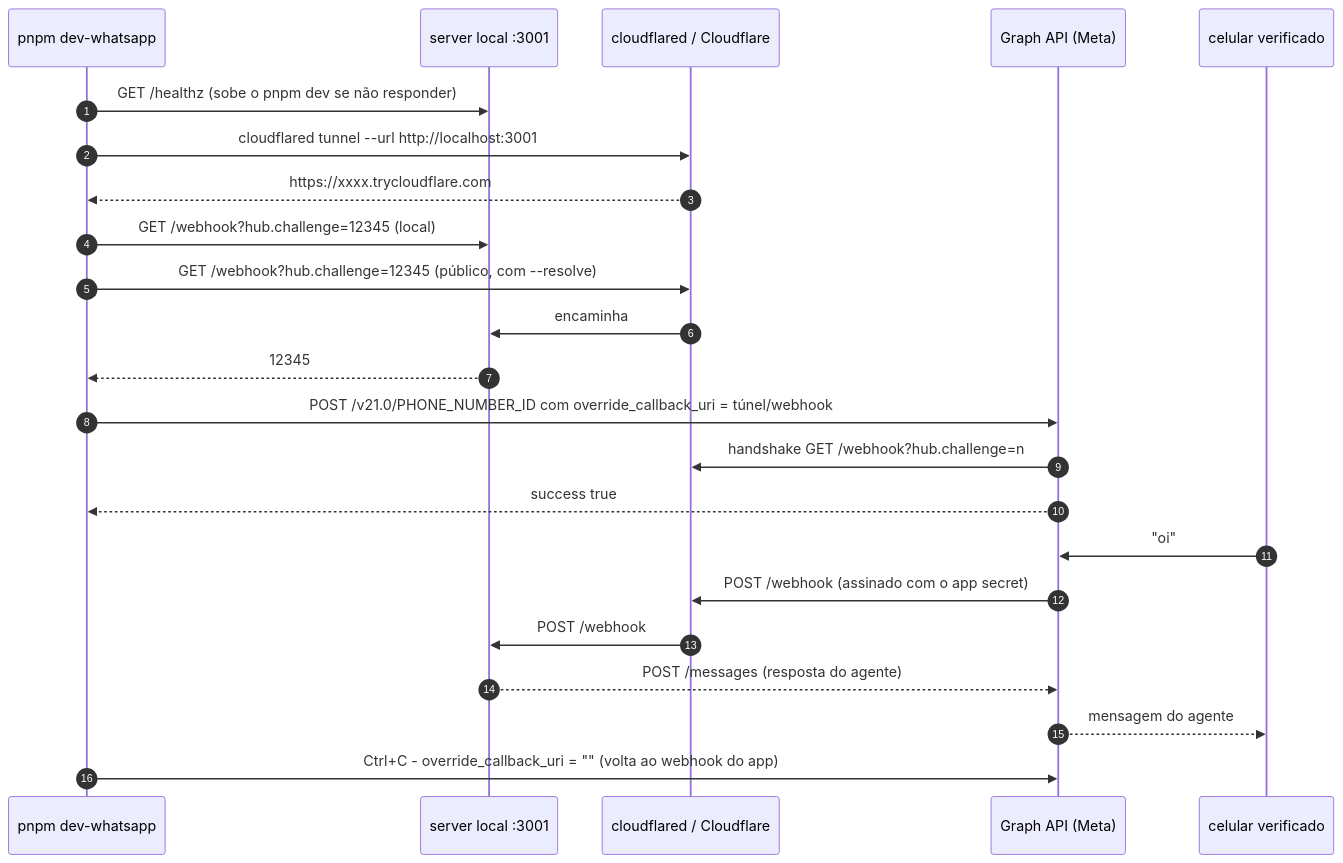
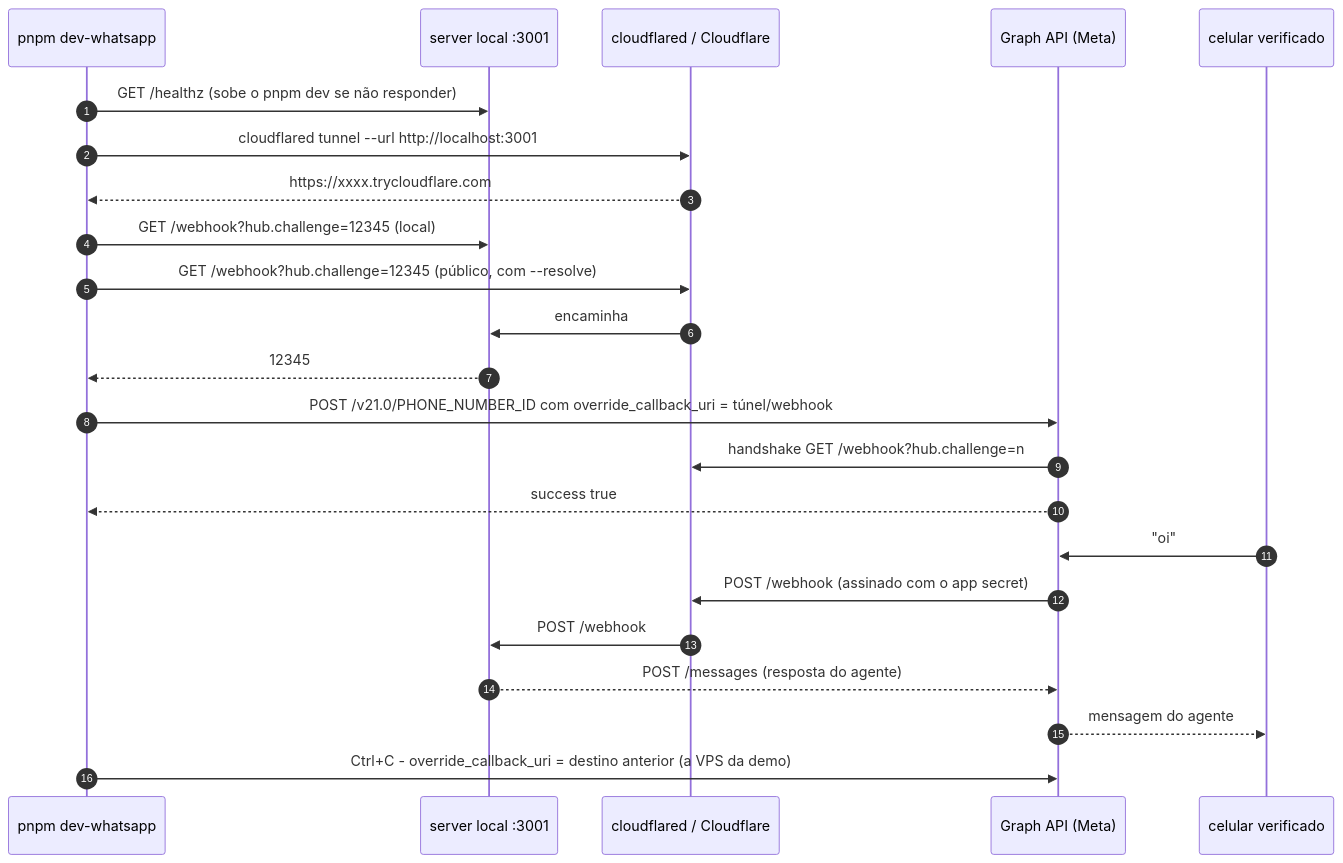
One commit to renatofm-dev/seta-agente-demo changed the diagram in docs/dev/09-whatsapp-real-e-tunel.md. Above: the diagram before and after it, drawn with Mermaid. The commit also changed other lines of this file and 2 other files, not shown here.

````diff
--- a/docs/dev/09-whatsapp-real-e-tunel.md
+++ b/docs/dev/09-whatsapp-real-e-tunel.md
@@ -60,25 +71,25 @@
 ```mermaid
 sequenceDiagram
   autonumber
   participant D as pnpm dev-whatsapp
   participant S as server local :3001
   participant T as cloudflared / Cloudflare
   participant G as Graph API (Meta)
   participant C as celular verificado
   D->>S: GET /healthz (sobe o pnpm dev se não responder)
   D->>T: cloudflared tunnel --url http://localhost:3001
   T-->>D: https://xxxx.trycloudflare.com
   D->>S: GET /webhook?hub.challenge=12345 (local)
   D->>T: GET /webhook?hub.challenge=12345 (público, com --resolve)
   T->>S: encaminha
   S-->>D: 12345
   D->>G: POST /v21.0/PHONE_NUMBER_ID com override_callback_uri = túnel/webhook
   G->>T: handshake GET /webhook?hub.challenge=n
   G-->>D: success true
   C->>G: "oi"
   G->>T: POST /webhook (assinado com o app secret)
   T->>S: POST /webhook
   S-->>G: POST /messages (resposta do agente)
   G-->>C: mensagem do agente
-  D->>G: Ctrl+C - override_callback_uri = "" (volta ao webhook do app)
+  D->>G: Ctrl+C - override_callback_uri = destino anterior (a VPS da demo)
 ```
````
